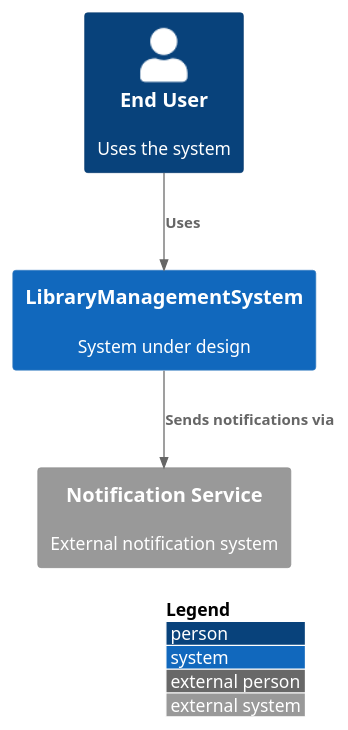
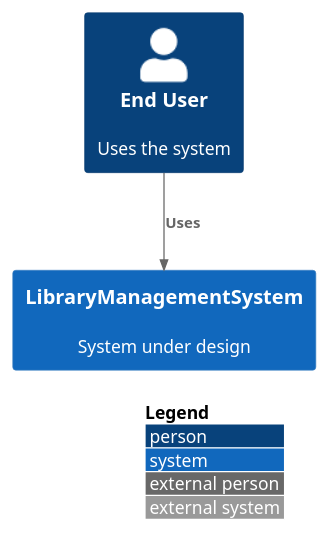
Before and after one commit to hanaAbdelwahab/GPARCHIMIND: the diagram in data/outputs/context_view.puml, drawn with PlantUML. The commit also changed 19 other files, not shown here.

Commit message:
Added ADL context,sequence,deployement diagram

```diff
--- a/data/outputs/context_view.puml
+++ b/data/outputs/context_view.puml
@@ -1,9 +1,7 @@
 @startuml
 !include https://raw.githubusercontent.com/plantuml-stdlib/C4-PlantUML/master/C4_Context.puml
 LAYOUT_WITH_LEGEND()
-Person(User, "End User", "Uses the system")
-System(SystemA, "LibraryManagementSystem", "System under design")
-System_Ext(NotificationService, "Notification Service", "External notification system")
-Rel(SystemA, NotificationService, "Sends notifications via")
-Rel(User, SystemA, "Uses")
+Person(UserActor, "End User", "Uses the system")
+System(LibraryManagementSystem, "LibraryManagementSystem", "System under design")
+Rel(UserActor, LibraryManagementSystem, "Uses")
 @enduml
```
